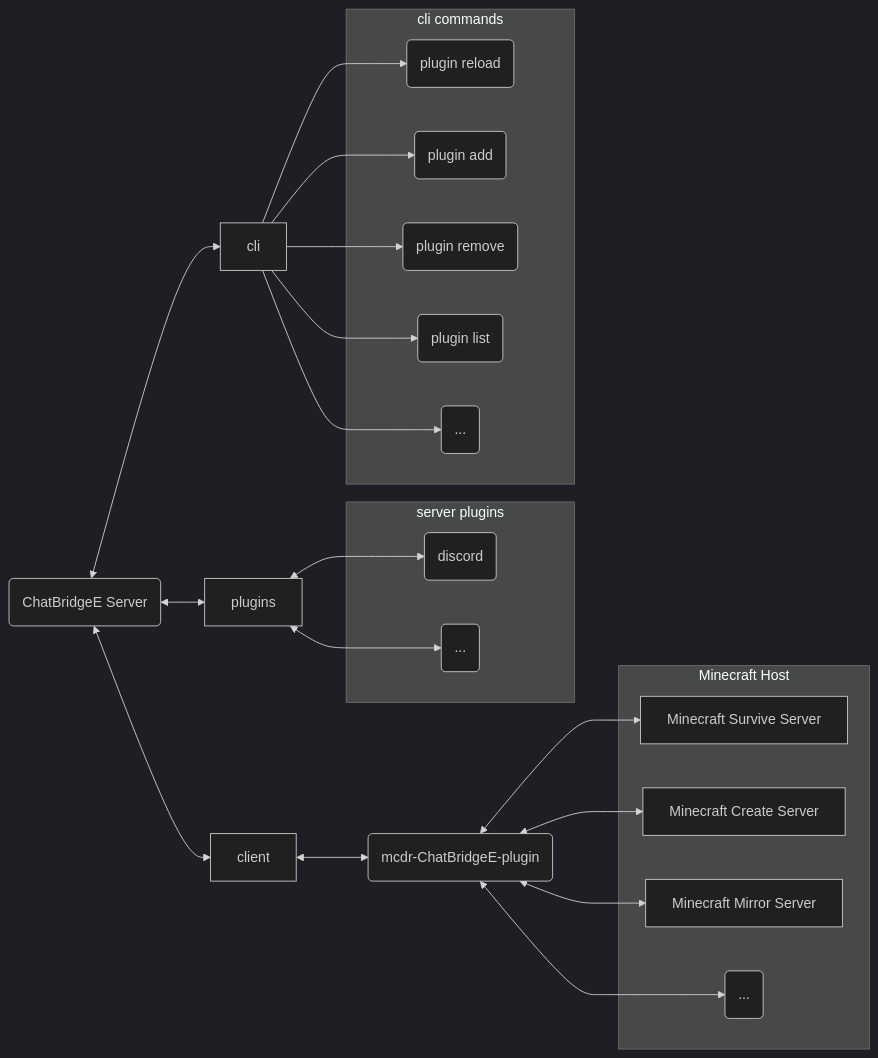
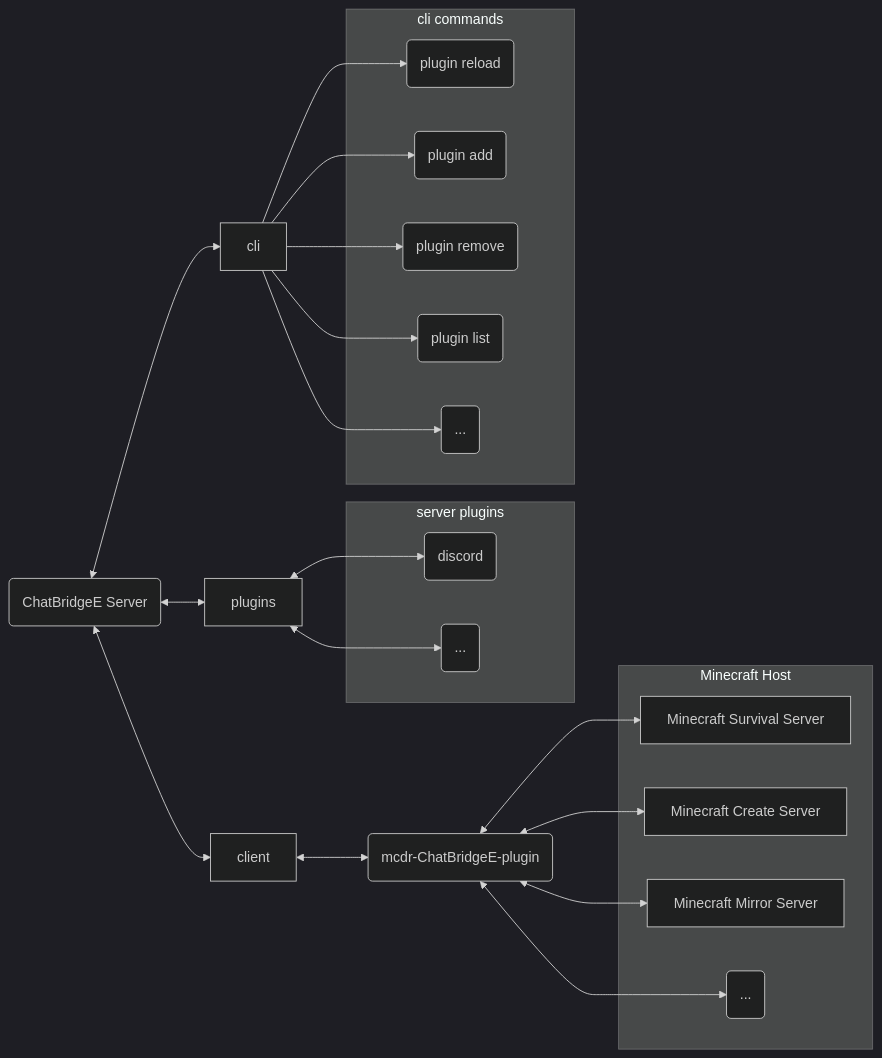
The diagram in README.md (mc-cloud-town/ChatBridgeE), drawn with Mermaid (dark theme) before and after one commit. The commit also changed 7 other files, not shown here.

````diff
--- a/README.md
+++ b/README.md
@@ -5,29 +5,29 @@
 ```mermaid
 flowchart LR
   subgraph Minecraft Host
-    Survive[Minecraft Survive Server]
+    Survival[Minecraft Survival Server]
     Create[Minecraft Create Server]
     Mirror[Minecraft Mirror Server]
     server_else(...)
   end
-  MCDR("mcdr-ChatBridgeE-plugin") <--> Survive & Create & Mirror & server_else
+  MCDR("mcdr-ChatBridgeE-plugin") <--> Survival & Create & Mirror & server_else
 
   subgraph server plugins
     plugin_discord(discord)
     else_plugin(...)
   end
   plugins <--> plugin_discord & else_plugin
 
   subgraph cli commands
     cli_reload(plugin reload)
     cli_add(plugin add)
     cli_remove(plugin remove)
     cli_list(plugin list) 
     cli_else(...)
   end
   cli --> cli_reload & cli_add & cli_remove & cli_list & cli_else
 
   server(ChatBridgeE Server)
   client <--> MCDR
   server <--> client & plugins & cli
 ```
````
